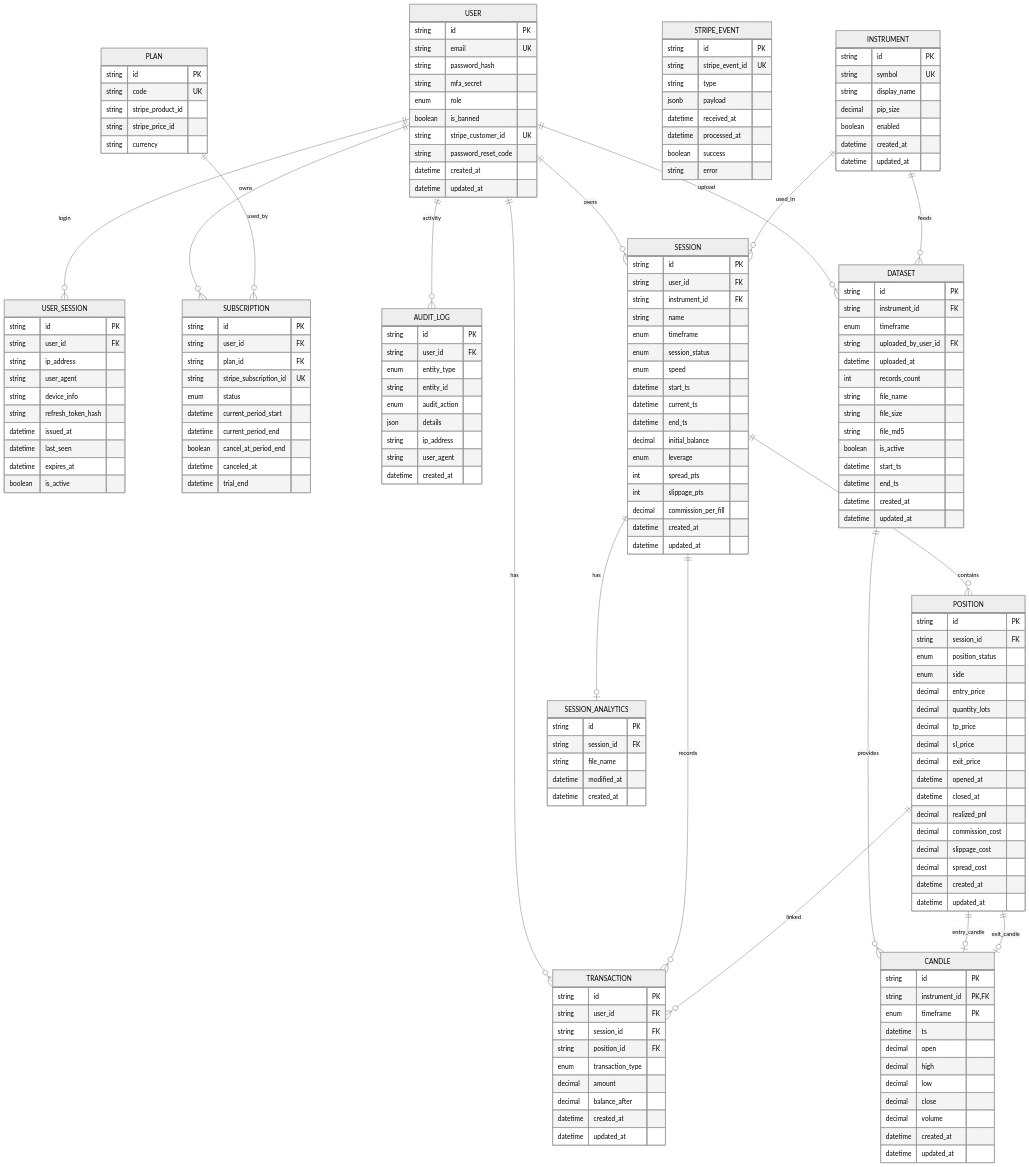
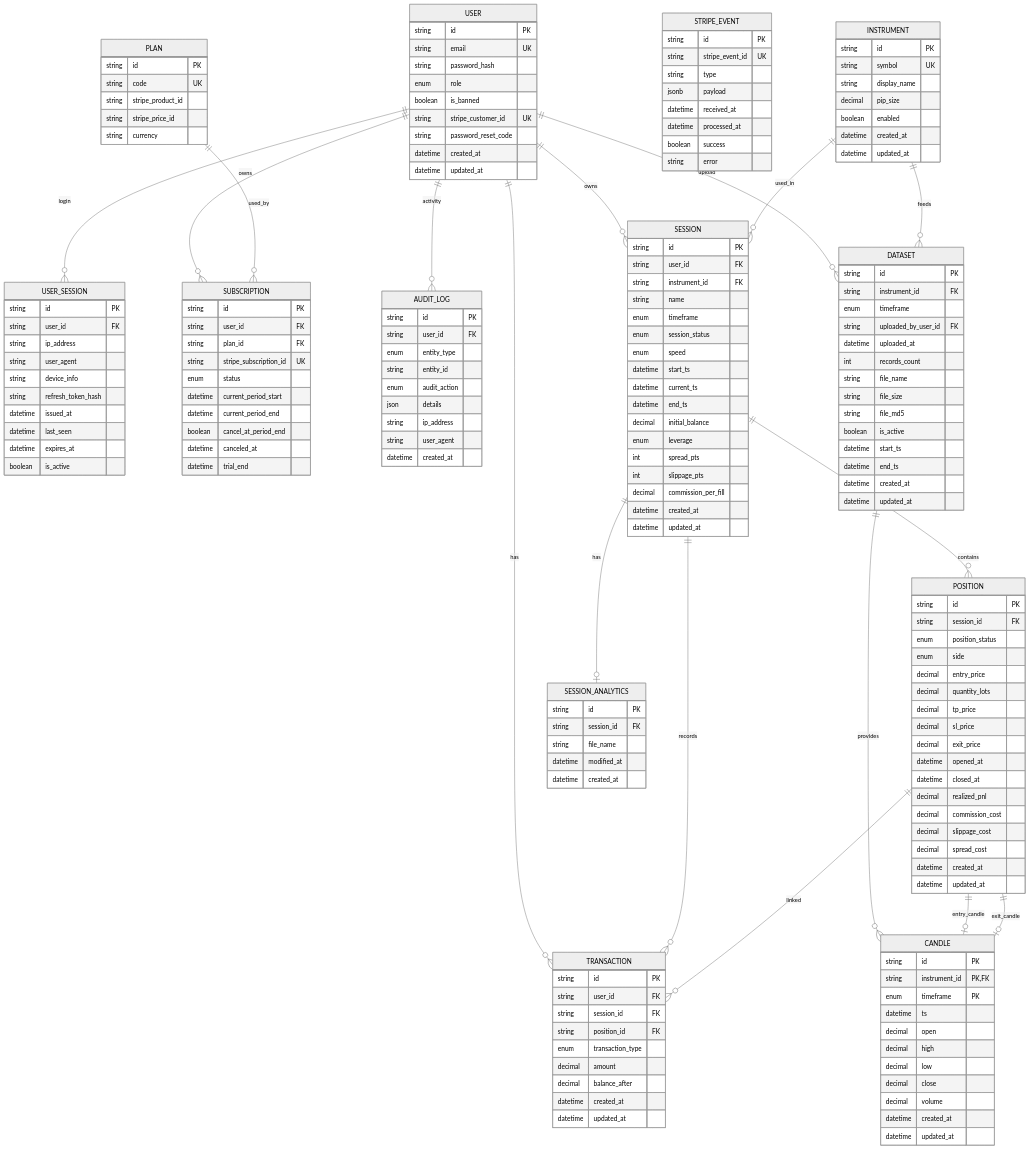
One commit to DamienReichhart/BackTrade changed the diagram in documentation/uml/er/er-diagram.md. Above: the diagram before and after it, drawn with Mermaid (neutral theme). The commit also changed 4 other files, not shown here.

```diff
--- a/documentation/uml/er/er-diagram.md
+++ b/documentation/uml/er/er-diagram.md
@@ -21,7 +21,6 @@
       string id PK
       string email UK
       string password_hash
-      string mfa_secret
       enum role
       boolean is_banned
       string stripe_customer_id UK
```
